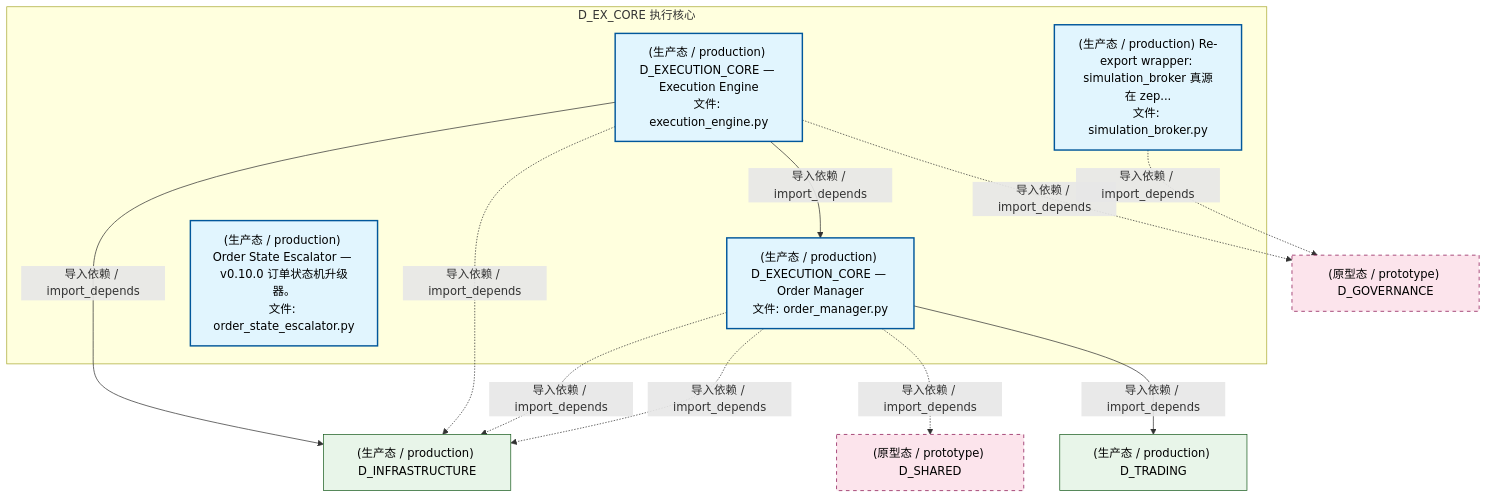
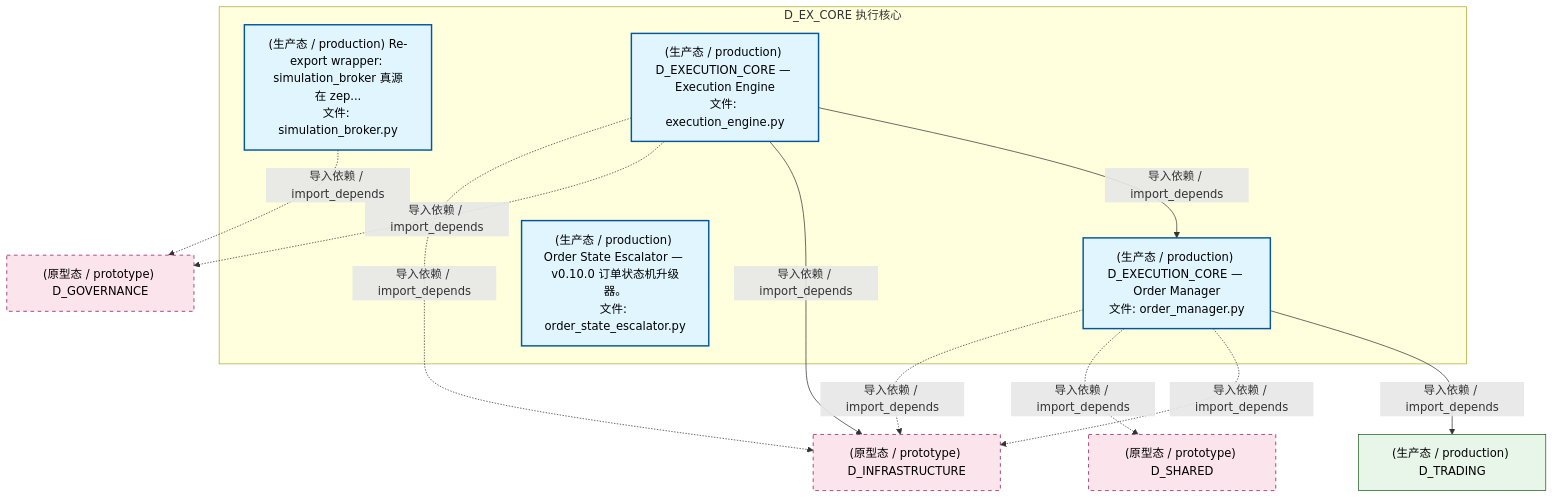
One commit to xuanFelixVan/ZephyrAlpha changed the second of 5 diagrams in docs/02_enterprise_architecture/02_domain_architecture_docs/34_d_ex_core.md. Above: the diagram before and after it, drawn with Mermaid. The commit also changed other lines of this file and 99 other files, not shown here.

````diff
--- a/docs/02_enterprise_architecture/02_domain_architecture_docs/34_d_ex_core.md
+++ b/docs/02_enterprise_architecture/02_domain_architecture_docs/34_d_ex_core.md
@@ -126,29 +126,29 @@
 ```mermaid
 graph TD
     subgraph D_EX_CORE["D_EX_CORE 执行核心"]
         src_zephyr_ex_core_adapters_simulation_broker_py["(生产态 / production) Re-export wrapper: simulation_broker 真源在 zep...<br/>文件: simulation_broker.py"]
         src_zephyr_ex_core_execution_engine_py["(生产态 / production) D_EXECUTION_CORE — Execution Engine<br/>文件: execution_engine.py"]
         src_zephyr_ex_core_order_manager_py["(生产态 / production) D_EXECUTION_CORE — Order Manager<br/>文件: order_manager.py"]
         src_zephyr_governance_escalation_order_state_escalator_py["(生产态 / production) Order State Escalator — v0.10.0 订单状态机升级器。<br/>文件: order_state_escalator.py"]
     end
     src_zephyr_ex_core_execution_engine_py -->|导入依赖 / import_depends| src_zephyr_ex_core_order_manager_py
-    D_INFRASTRUCTURE["(生产态 / production) D_INFRASTRUCTURE"]
-    src_zephyr_ex_core_execution_engine_py -->|导入依赖 / import_depends| D_INFRASTRUCTURE
     D_GOVERNANCE["(原型态 / prototype) D_GOVERNANCE"]
-    src_zephyr_ex_core_execution_engine_py -.->|导入依赖 / import_depends| D_GOVERNANCE
-    src_zephyr_ex_core_execution_engine_py -.->|导入依赖 / import_depends| D_INFRASTRUCTURE
     src_zephyr_ex_core_adapters_simulation_broker_py -.->|导入依赖 / import_depends| D_GOVERNANCE
     D_TRADING["(生产态 / production) D_TRADING"]
     src_zephyr_ex_core_order_manager_py -->|导入依赖 / import_depends| D_TRADING
+    D_INFRASTRUCTURE["(原型态 / prototype) D_INFRASTRUCTURE"]
     src_zephyr_ex_core_order_manager_py -.->|导入依赖 / import_depends| D_INFRASTRUCTURE
     D_SHARED["(原型态 / prototype) D_SHARED"]
     src_zephyr_ex_core_order_manager_py -.->|导入依赖 / import_depends| D_SHARED
     src_zephyr_ex_core_order_manager_py -.->|导入依赖 / import_depends| D_INFRASTRUCTURE
+    src_zephyr_ex_core_execution_engine_py -->|导入依赖 / import_depends| D_INFRASTRUCTURE
+    src_zephyr_ex_core_execution_engine_py -.->|导入依赖 / import_depends| D_GOVERNANCE
+    src_zephyr_ex_core_execution_engine_py -.->|导入依赖 / import_depends| D_INFRASTRUCTURE
     classDef production fill:#e1f5fe,stroke:#01579b,stroke-width:2px,color:#000
     classDef design fill:#fff3e0,stroke:#e65100,stroke-width:2px,color:#000,stroke-dasharray: 5 5
     classDef external_prod fill:#e8f5e9,stroke:#1b5e20,stroke-width:1px,color:#000
     classDef external_design fill:#fce4ec,stroke:#880e4f,stroke-width:1px,color:#000,stroke-dasharray: 5 5
     class src_zephyr_ex_core_adapters_simulation_broker_py,src_zephyr_ex_core_execution_engine_py,src_zephyr_ex_core_order_manager_py,src_zephyr_governance_escalation_order_state_escalator_py production
-    class D_INFRASTRUCTURE,D_TRADING external_prod
-    class D_GOVERNANCE,D_SHARED external_design
+    class D_TRADING external_prod
+    class D_GOVERNANCE,D_INFRASTRUCTURE,D_SHARED external_design
 ```
````
